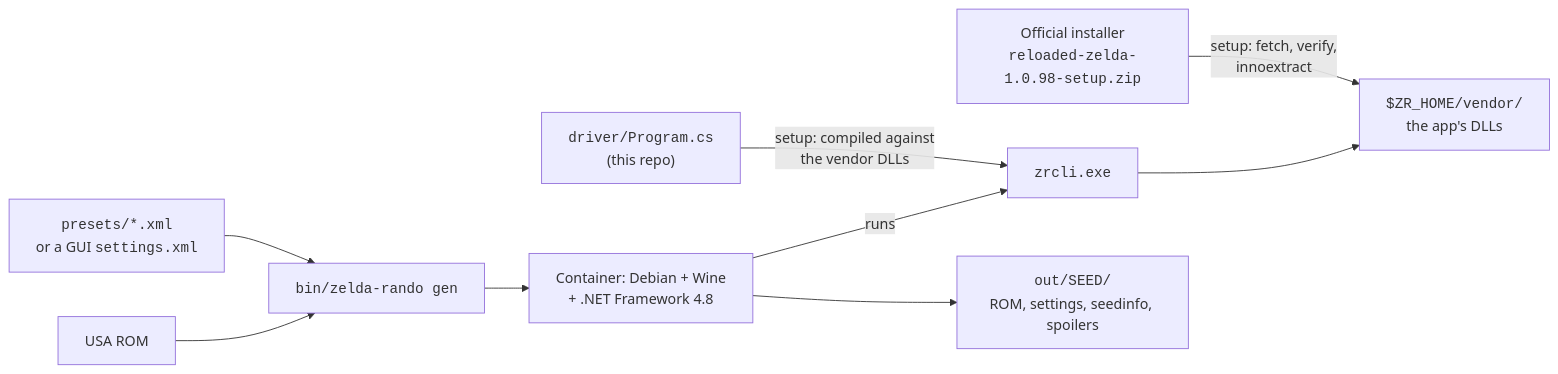
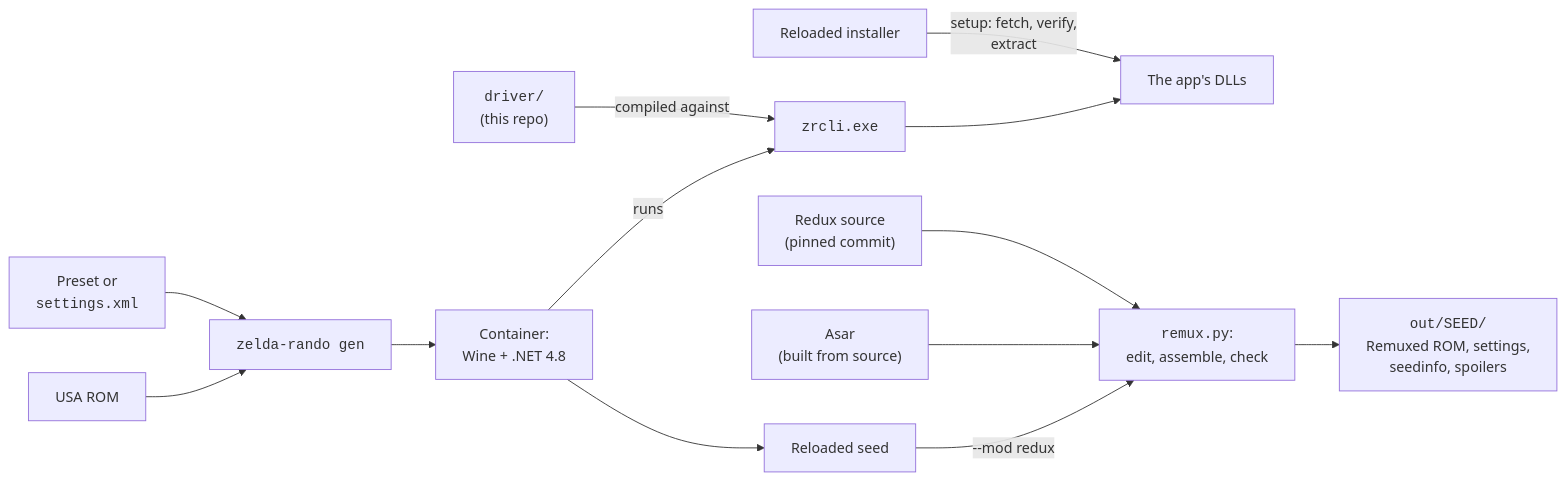
The diagram in README.md (agiacalone/zelda-reloaded-cli), drawn with Mermaid before and after one commit. The commit also changed other lines of this file and 4 other files, not shown here.

First line of the commit message:
Rewrite the README and docs around Zelda Remuxed

````diff
--- a/README.md
+++ b/README.md
@@ -30,11 +45,15 @@
 ```mermaid
 flowchart LR
-    I["Official installer<br/><code>reloaded-zelda-1.0.98-setup.zip</code>"] -- "setup: fetch, verify,<br/>innoextract" --> V["<code>$ZR_HOME/vendor/</code><br/>the app's DLLs"]
-    D["<code>driver/Program.cs</code><br/>(this repo)"] -- "setup: compiled against<br/>the vendor DLLs" --> Z["<code>zrcli.exe</code>"]
+    I["Reloaded installer"] -- "setup: fetch, verify,<br/>extract" --> V["The app's DLLs"]
+    D["<code>driver/</code><br/>(this repo)"] -- "compiled against" --> Z["<code>zrcli.exe</code>"]
     Z --> V
-    C["Container: Debian + Wine<br/>+ .NET Framework 4.8"] -- "runs" --> Z
-    P["<code>presets/*.xml</code><br/>or a GUI <code>settings.xml</code>"] --> W["<code>bin/zelda-rando gen</code>"]
-    R["USA ROM"] --> W
-    W --> C
-    C --> O["<code>out/SEED/</code><br/>ROM, settings, seedinfo, spoilers"]
+    C["Container:<br/>Wine + .NET 4.8"] -- "runs" --> Z
+    P["Preset or<br/><code>settings.xml</code>"] --> G["<code>zelda-rando gen</code>"]
+    R["USA ROM"] --> G
+    G --> C
+    C --> S["Reloaded seed"]
+    X["Redux source<br/>(pinned commit)"] --> M["<code>remux.py</code>:<br/>edit, assemble, check"]
+    A["Asar<br/>(built from source)"] --> M
+    S -- "--mod redux" --> M
+    M --> O["<code>out/SEED/</code><br/>Remuxed ROM, settings,<br/>seedinfo, spoilers"]
 ```
````
